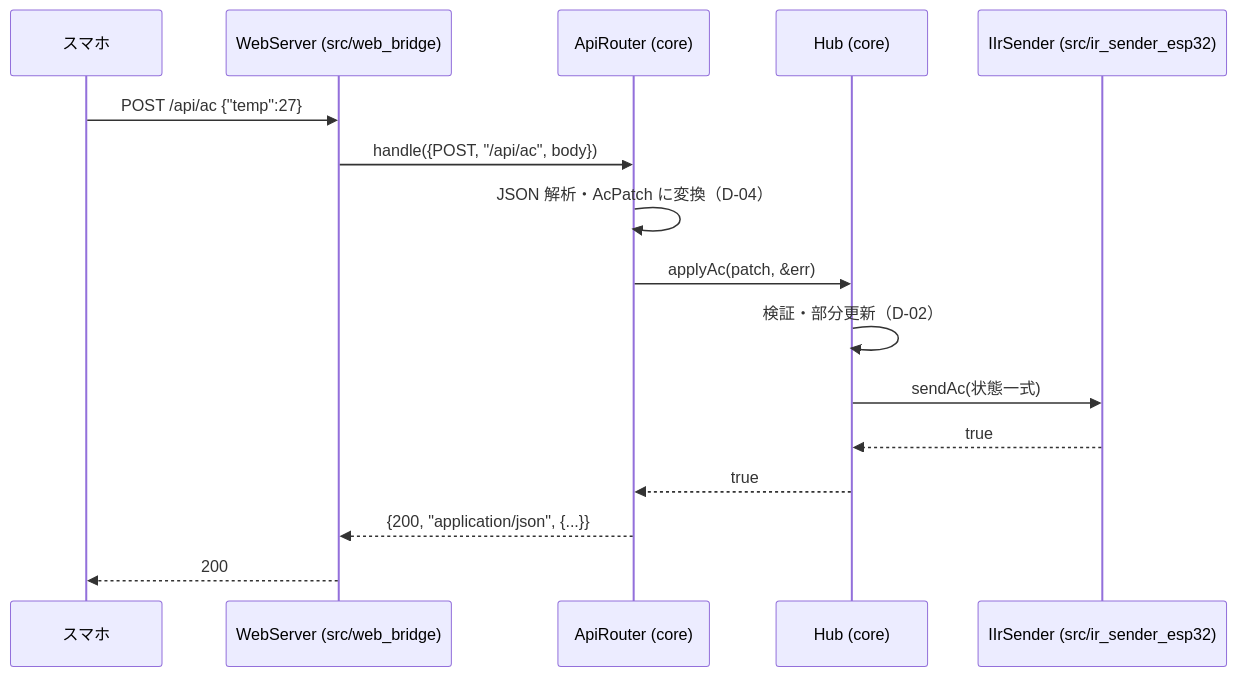
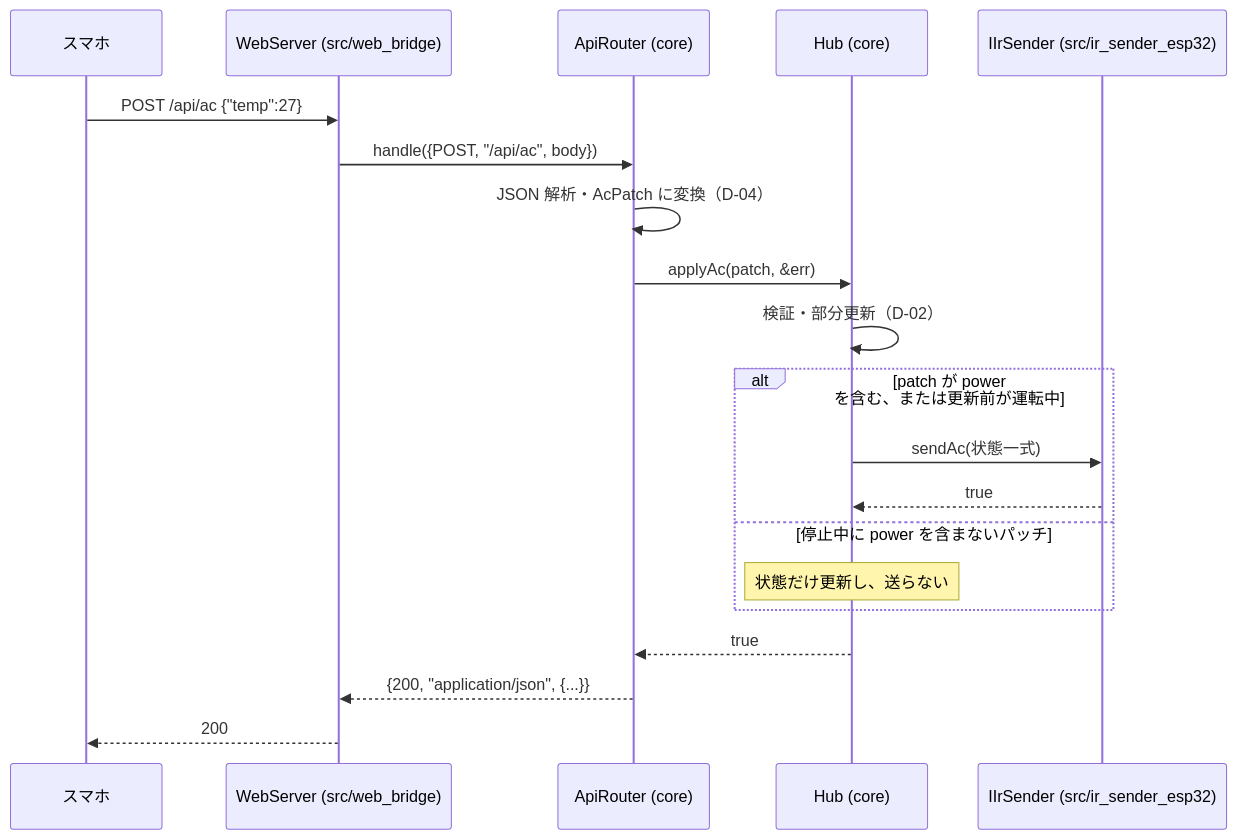
Before and after one commit to Kento3019/irhub-loop-kit: the second of 3 diagrams in docs/design/01-architecture.md, drawn with Mermaid. The commit also changed other lines of this file and 4 other files, not shown here.

````diff
--- a/docs/design/01-architecture.md
+++ b/docs/design/01-architecture.md
@@ -287,18 +294,22 @@
 ```mermaid
 sequenceDiagram
   participant Phone as スマホ
   participant WS as WebServer (src/web_bridge)
   participant R as ApiRouter (core)
   participant H as Hub (core)
   participant IR as IIrSender (src/ir_sender_esp32)
   Phone->>WS: POST /api/ac {"temp":27}
   WS->>R: handle({POST, "/api/ac", body})
   R->>R: JSON 解析・AcPatch に変換（D-04）
   R->>H: applyAc(patch, &err)
   H->>H: 検証・部分更新（D-02）
-  H->>IR: sendAc(状態一式)
-  IR-->>H: true
+  alt patch が power を含む、または更新前が運転中
+    H->>IR: sendAc(状態一式)
+    IR-->>H: true
+  else 停止中に power を含まないパッチ
+    Note over H: 状態だけ更新し、送らない
+  end
   H-->>R: true
   R-->>WS: {200, "application/json", {...}}
   WS-->>Phone: 200
 ```
````
